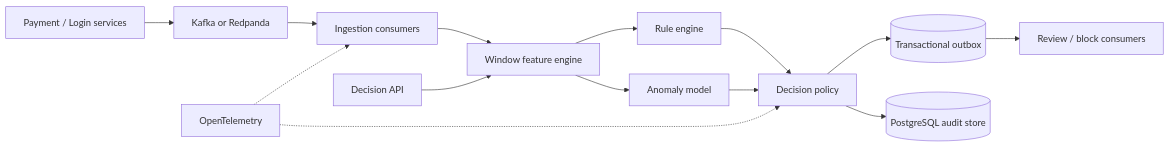
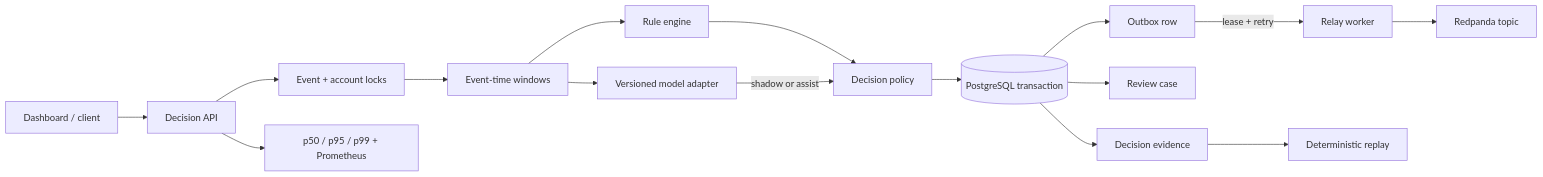
The third of 3 diagrams in docs/architecture.md (CheeseKteo24/FluxRisk), drawn with Mermaid before and after one commit. The commit also changed other lines of this file and 32 other files, not shown here.

````diff
--- a/docs/architecture.md
+++ b/docs/architecture.md
@@ -49,16 +49,18 @@
 ```mermaid
 flowchart LR
-    PRODUCERS[Payment / Login services] --> KAFKA[Kafka or Redpanda]
-    KAFKA --> INGEST[Ingestion consumers]
-    INGEST --> FEATURES[Window feature engine]
+    UI[Dashboard / client] --> API[Decision API]
+    API --> LOCK[Event + account locks]
+    LOCK --> FEATURES[Event-time windows]
     FEATURES --> RULES[Rule engine]
-    FEATURES --> MODEL[Anomaly model]
-    RULES --> FUSION[Decision policy]
-    MODEL --> FUSION
-    FUSION --> OUTBOX[(Transactional outbox)]
-    FUSION --> PG[(PostgreSQL audit store)]
-    OUTBOX --> ALERTS[Review / block consumers]
-    API[Decision API] --> FEATURES
-    OTEL[OpenTelemetry] -.-> INGEST
-    OTEL -.-> FUSION
+    FEATURES --> MODEL[Versioned model adapter]
+    RULES --> POLICY[Decision policy]
+    MODEL -->|shadow or assist| POLICY
+    POLICY --> TX[(PostgreSQL transaction)]
+    TX --> AUDIT[Decision evidence]
+    TX --> CASES[Review case]
+    TX --> OUTBOX[Outbox row]
+    OUTBOX -->|lease + retry| RELAY[Relay worker]
+    RELAY --> RP[Redpanda topic]
+    AUDIT --> REPLAY[Deterministic replay]
+    API --> METRICS[p50 / p95 / p99 + Prometheus]
 ```
````
